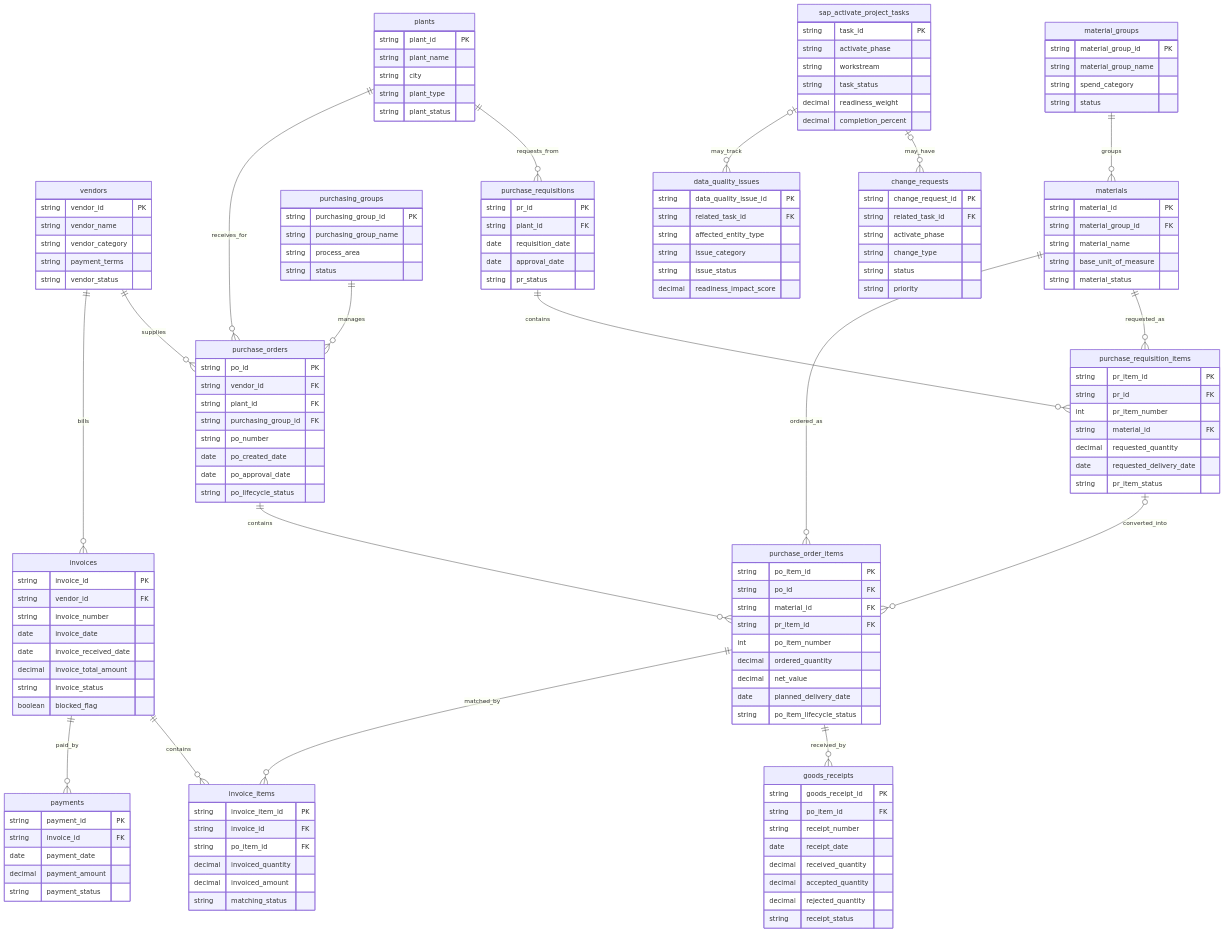
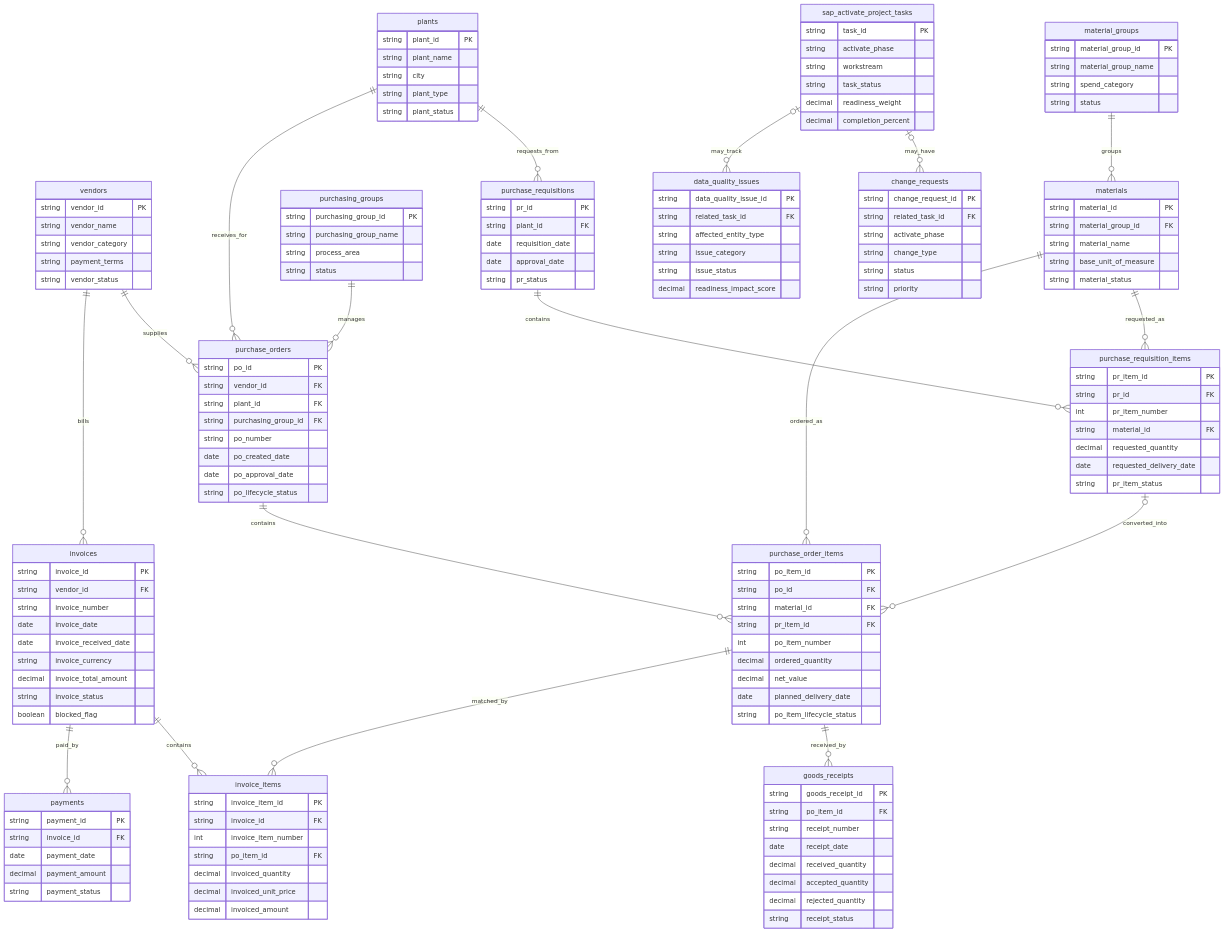
One commit to enes-fe/sap-activate-erp-procurement-analytics changed the diagram in docs/data_model.md. Above: the diagram before and after it, drawn with Mermaid. The commit also changed other lines of this file and 5 other files, not shown here.

Commit message:
feat: add invoice three-way matching

```diff
--- a/docs/data_model.md
+++ b/docs/data_model.md
@@ -375,6 +441,7 @@
         string invoice_number
         date invoice_date
         date invoice_received_date
+        string invoice_currency
         decimal invoice_total_amount
         string invoice_status
         boolean blocked_flag
@@ -383,10 +450,11 @@
     invoice_items {
         string invoice_item_id PK
         string invoice_id FK
+        int invoice_item_number
         string po_item_id FK
         decimal invoiced_quantity
+        decimal invoiced_unit_price
         decimal invoiced_amount
-        string matching_status
     }
 
     payments {
```
